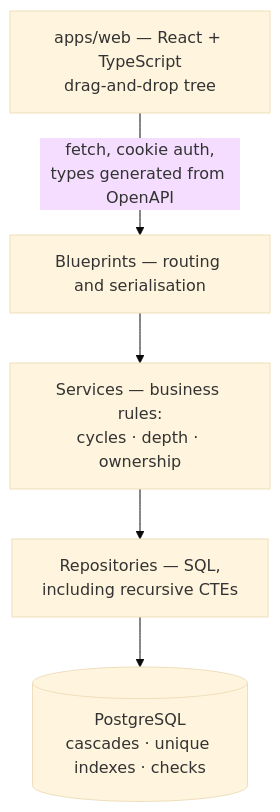
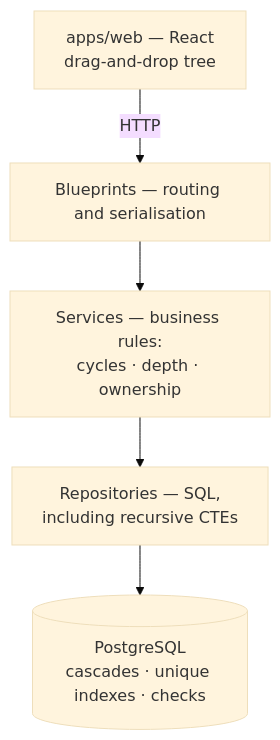
The diagram in README.md (vinay1500/file-explorer), drawn with Mermaid (base theme) before and after one commit. The commit also changed other lines of this file and 4 other files, not shown here.

````diff
--- a/README.md
+++ b/README.md
@@ -33,13 +34,13 @@
 ```mermaid
 flowchart TD
-    W["apps/web — React + TypeScript<br/>drag-and-drop tree"]
+    W["apps/web — React<br/>drag-and-drop tree"]
     B["Blueprints — routing and serialisation"]
     S["Services — business rules:<br/>cycles · depth · ownership"]
     R["Repositories — SQL,<br/>including recursive CTEs"]
     D[("PostgreSQL<br/>cascades · unique indexes · checks")]
 
-    W -->|"fetch, cookie auth,<br/>types generated from OpenAPI"| B
+    W -->|"HTTP"| B
     B --> S
     S --> R
     R --> D
 ```
````
